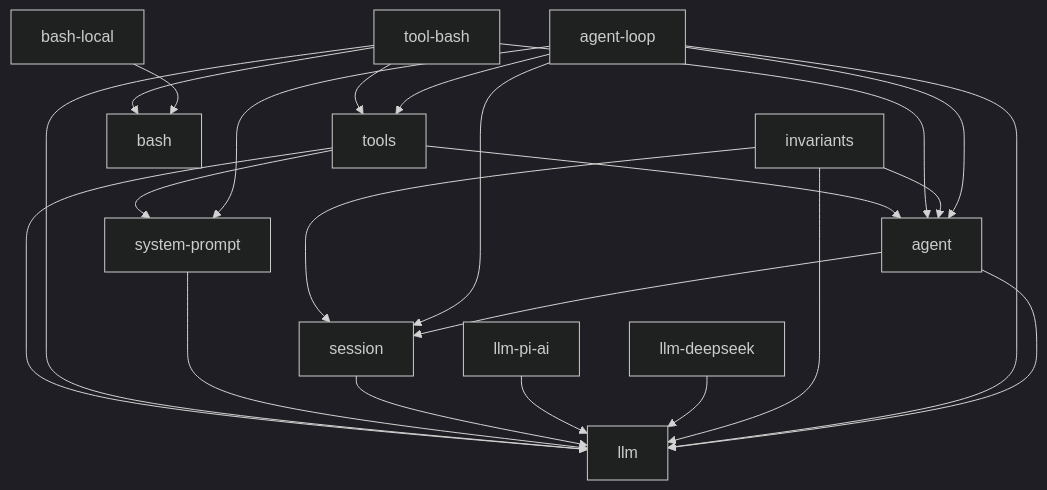
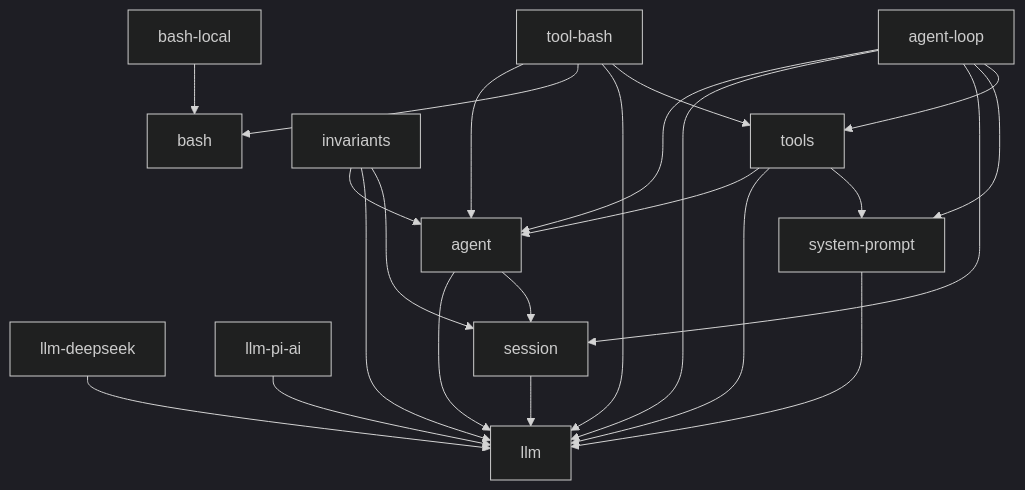
The diagram in docs/module-graph.md (007M7/DeepCode), drawn with Mermaid (dark theme) before and after one commit. The commit also changed other lines of this file and 1 other file, not shown here.

First line of the commit message:
refactor: order module-graph table topologically (low→high level)

````diff
--- a/docs/module-graph.md
+++ b/docs/module-graph.md
@@ -10,25 +10,25 @@
 ```mermaid
 graph TD
+  bash-local --> bash
+  llm-deepseek --> llm
+  llm-pi-ai --> llm
+  session --> llm
+  system-prompt --> llm
   agent --> llm
   agent --> session
+  invariants --> agent
+  invariants --> llm
+  invariants --> session
+  tools --> agent
+  tools --> llm
+  tools --> system-prompt
   agent-loop --> agent
   agent-loop --> llm
   agent-loop --> session
   agent-loop --> system-prompt
   agent-loop --> tools
-  bash-local --> bash
-  invariants --> agent
-  invariants --> llm
-  invariants --> session
-  llm-deepseek --> llm
-  llm-pi-ai --> llm
-  session --> llm
-  system-prompt --> llm
   tool-bash --> agent
   tool-bash --> bash
   tool-bash --> llm
   tool-bash --> tools
-  tools --> agent
-  tools --> llm
-  tools --> system-prompt
 ```
````
